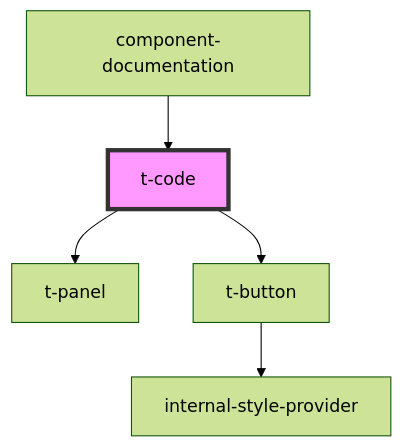
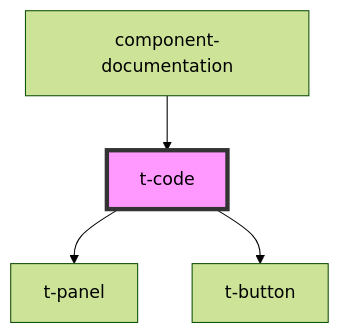
One commit to TomasEng/web-components changed the diagram in packages/t-web-components/src/components/t-code/readme.md. Above: the diagram before and after it, drawn with Mermaid (forest theme). The commit also changed 63 other files, not shown here.

````diff
--- a/packages/t-web-components/src/components/t-code/readme.md
+++ b/packages/t-web-components/src/components/t-code/readme.md
@@ -31,8 +31,7 @@
 ```mermaid
 graph TD;
   t-code --> t-panel
   t-code --> t-button
-  t-button --> internal-style-provider
   component-documentation --> t-code
   style t-code fill:#f9f,stroke:#333,stroke-width:4px
 ```
````
